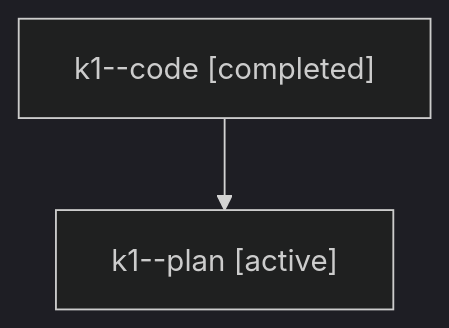
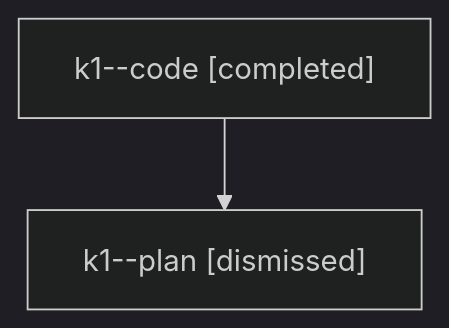
One commit to sase-org/sase--agents changed the diagram in sessions/bbugyi200.athena.k1.md. Above: the diagram before and after it, drawn with Mermaid (dark theme). The commit also changed other lines of this file and 34 other files, not shown here.

````diff
--- a/sessions/bbugyi200.athena.k1.md
+++ b/sessions/bbugyi200.athena.k1.md
@@ -9,6 +9,6 @@
 ```mermaid
 flowchart TD
   n0["k1--code [completed]"]
-  n1["k1--plan [active]"]
+  n1["k1--plan [dismissed]"]
   n0 --> n1
 ```
````
